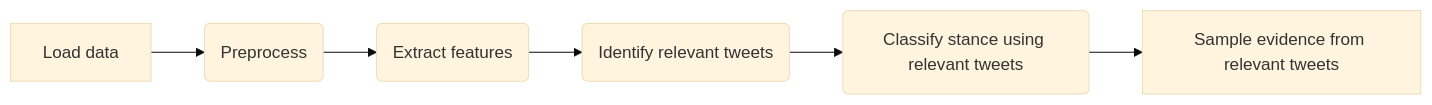
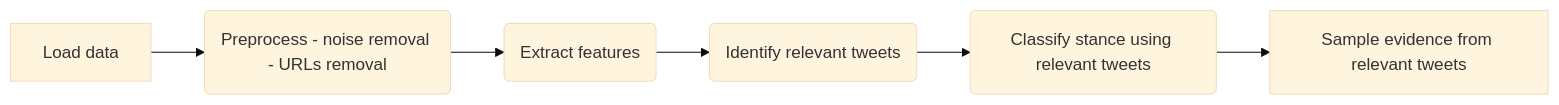
One commit to Alaaeddin103/Rumor_verification changed the diagram in README.md. Above: the diagram before and after it, drawn with Mermaid (base theme).

````diff
--- a/README.md
+++ b/README.md
@@ -14,8 +14,8 @@
 ```mermaid
 graph LR
-A[Load data] --> B(Preprocess)
+A[Load data] --> B(Preprocess - noise removal - URLs removal)
     B --> C(Extract features)
     C --> D(Identify relevant tweets)
     D --> E(Classify stance using relevant tweets)
     E --> F[Sample evidence from relevant tweets]
 ```
````
